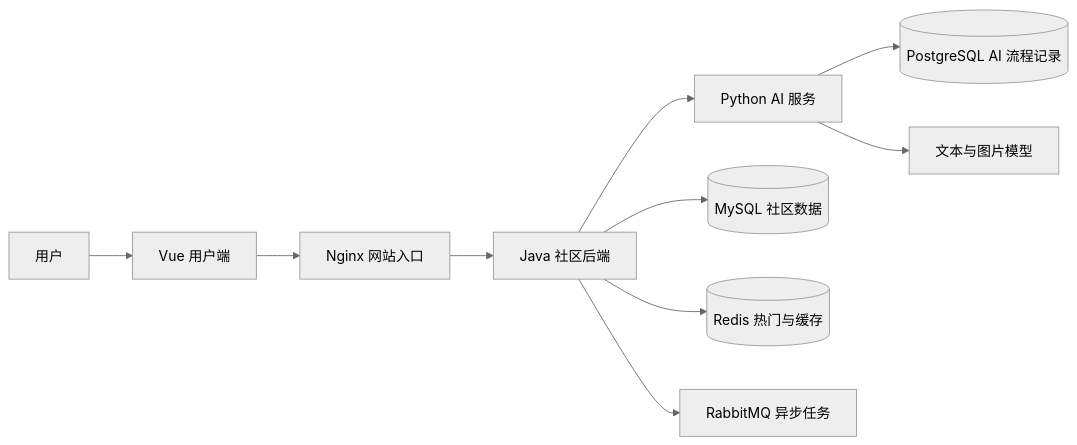
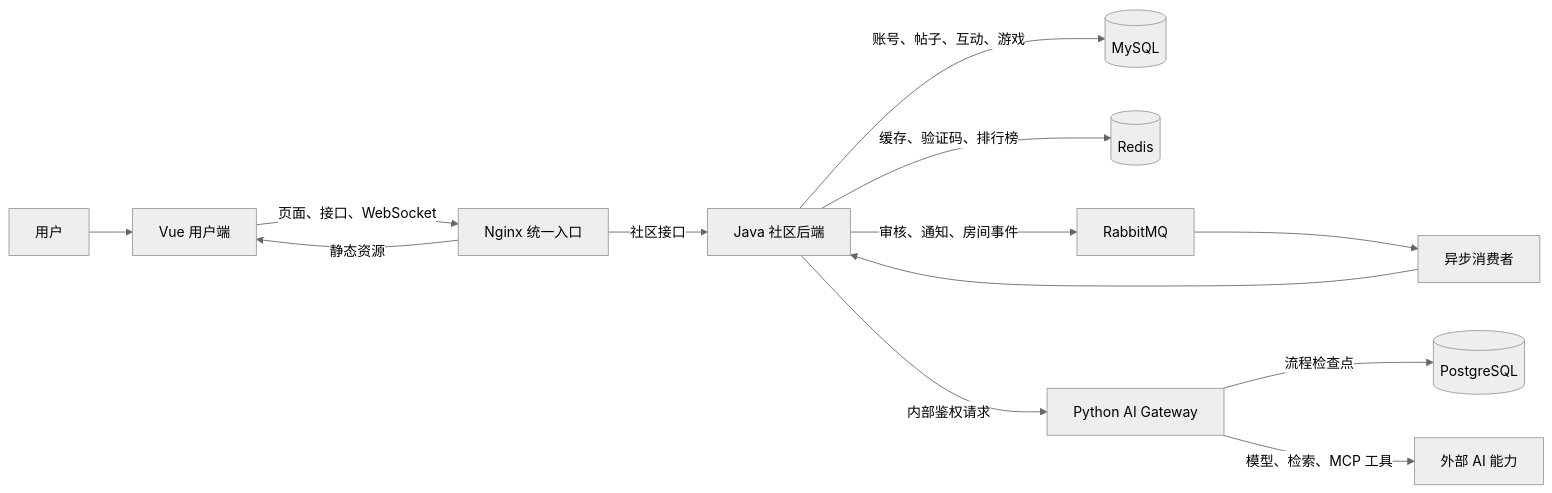
The first of 13 diagrams in README.md (pluchon/mengmeng_forum), drawn with Mermaid (neutral theme) before and after one commit. The commit also changed other lines of this file, not shown here.

Commit message:
docs: 细化项目模块流程图

````diff
--- a/README.md
+++ b/README.md
@@ -20,12 +20,15 @@
 ```mermaid
 flowchart LR
-  U["用户"] --> F["Vue 用户端"]
-  F --> N["Nginx 网站入口"]
-  N --> J["Java 社区后端"]
-  J --> A["Python AI 服务"]
-  J --> D[("MySQL 社区数据")]
-  J --> R[("Redis 热门与缓存")]
-  J --> Q["RabbitMQ 异步任务"]
-  A --> P[("PostgreSQL AI 流程记录")]
-  A --> L["文本与图片模型"]
+  U["用户"] --> V["Vue 用户端"]
+  V -->|页面、接口、WebSocket| N["Nginx 统一入口"]
+  N -->|社区接口| J["Java 社区后端"]
+  N -->|静态资源| V
+  J -->|账号、帖子、互动、游戏| M[("MySQL")]
+  J -->|缓存、验证码、排行榜| R[("Redis")]
+  J -->|审核、通知、房间事件| Q["RabbitMQ"]
+  J -->|内部鉴权请求| G["Python AI Gateway"]
+  G -->|流程检查点| P[("PostgreSQL")]
+  G -->|模型、检索、MCP 工具| X["外部 AI 能力"]
+  Q --> W["异步消费者"]
+  W --> J
 ```
````
